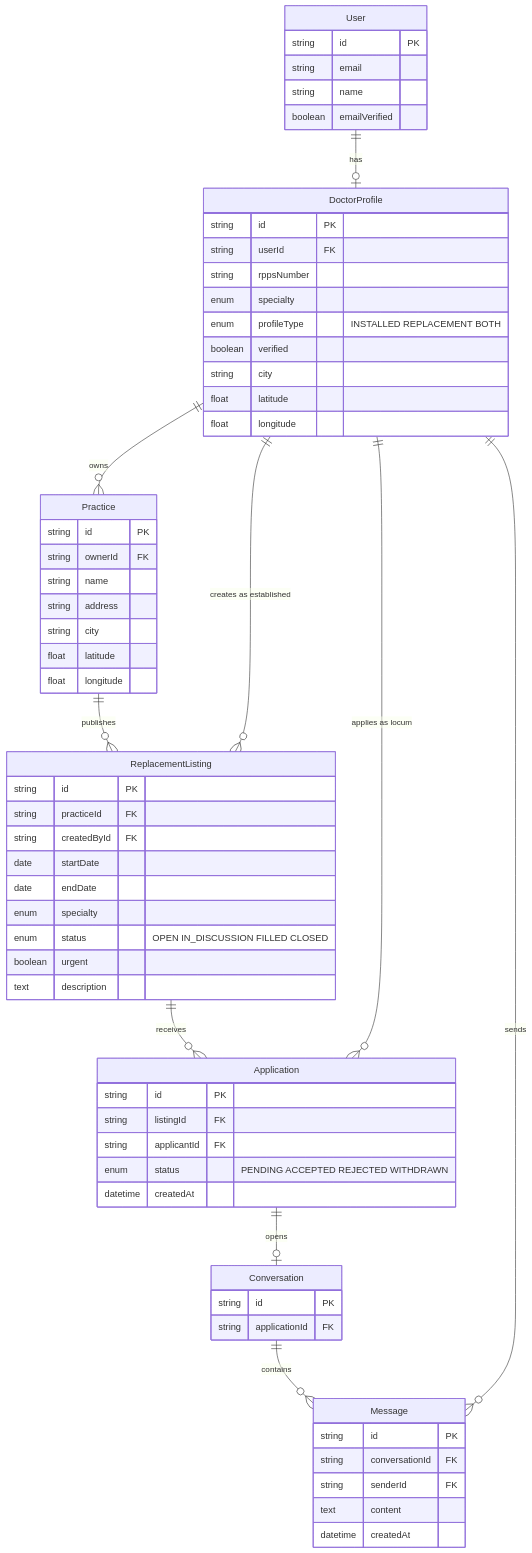
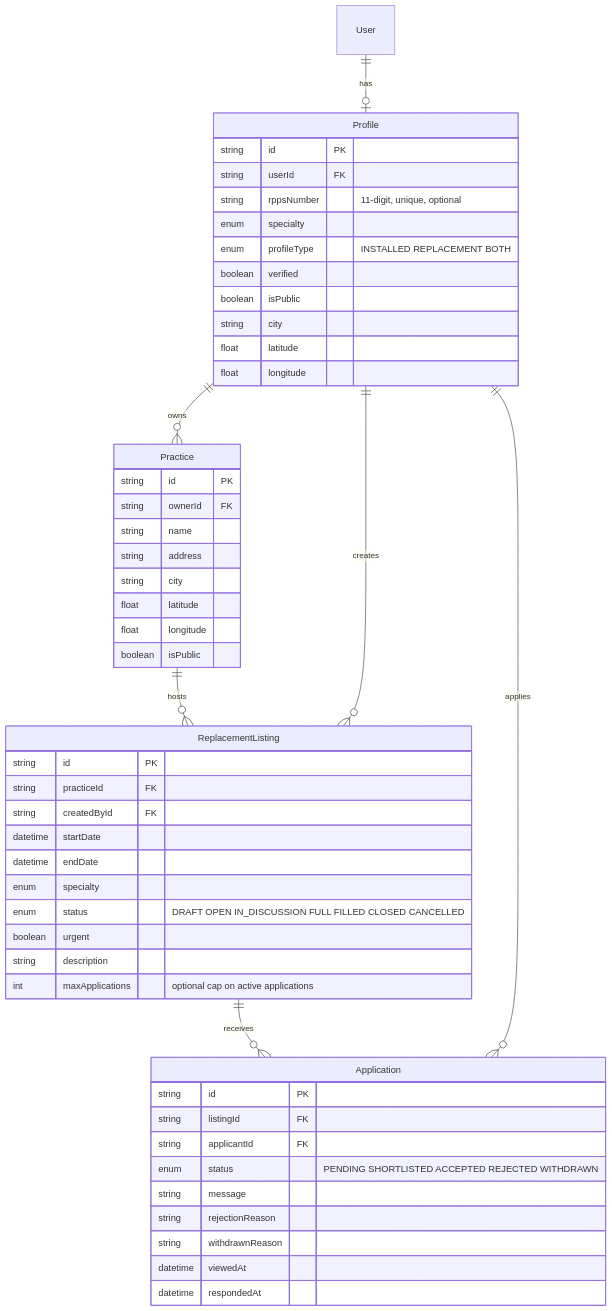
One commit to lellis-medical-group/kineo-nest-backend changed the second of 6 diagrams in README.md. Above: the diagram before and after it, drawn with Mermaid. The commit also changed other lines of this file, not shown here.

````diff
--- a/README.md
+++ b/README.md
@@ -97,74 +103,58 @@
 ```mermaid
 erDiagram
-    User ||--o| DoctorProfile : "has"
-    DoctorProfile ||--o{ Practice : "owns"
-    Practice ||--o{ ReplacementListing : "publishes"
-    DoctorProfile ||--o{ ReplacementListing : "creates as established"
+    User ||--o| Profile : "has"
+    Profile ||--o{ Practice : "owns"
+    Practice ||--o{ ReplacementListing : "hosts"
+    Profile ||--o{ ReplacementListing : "creates"
     ReplacementListing ||--o{ Application : "receives"
-    DoctorProfile ||--o{ Application : "applies as locum"
-    Application ||--o| Conversation : "opens"
-    Conversation ||--o{ Message : "contains"
-    DoctorProfile ||--o{ Message : "sends"
+    Profile ||--o{ Application : "applies"
 
-    User {
-        string id PK
-        string email
-        string name
-        boolean emailVerified
-    }
-
-    DoctorProfile {
+    Profile {
         string id PK
         string userId FK
-        string rppsNumber
+        string rppsNumber "11-digit, unique, optional"
         enum specialty
         enum profileType "INSTALLED REPLACEMENT BOTH"
         boolean verified
+        boolean isPublic
         string city
         float latitude
         float longitude
     }
 
     Practice {
         string id PK
         string ownerId FK
         string name
         string address
         string city
         float latitude
         float longitude
+        boolean isPublic
     }
 
     ReplacementListing {
         string id PK
         string practiceId FK
         string createdById FK
-        date startDate
-        date endDate
+        datetime startDate
+        datetime endDate
         enum specialty
-        enum status "OPEN IN_DISCUSSION FILLED CLOSED"
+        enum status "DRAFT OPEN IN_DISCUSSION FULL FILLED CLOSED CANCELLED"
         boolean urgent
-        text description
+        string description
+        int maxApplications "optional cap on active applications"
     }
 
     Application {
         string id PK
         string listingId FK
         string applicantId FK
-        enum status "PENDING ACCEPTED REJECTED WITHDRAWN"
-        datetime createdAt
-    }
-
-    Conversation {
-        string id PK
-        string applicationId FK
-    }
-
-    Message {
-        string id PK
-        string conversationId FK
-        string senderId FK
-        text content
-        datetime createdAt
+        enum status "PENDING SHORTLISTED ACCEPTED REJECTED WITHDRAWN"
+        string message
+        string rejectionReason
+        string withdrawnReason
+        datetime viewedAt
+        datetime respondedAt
     }
 ```
````
